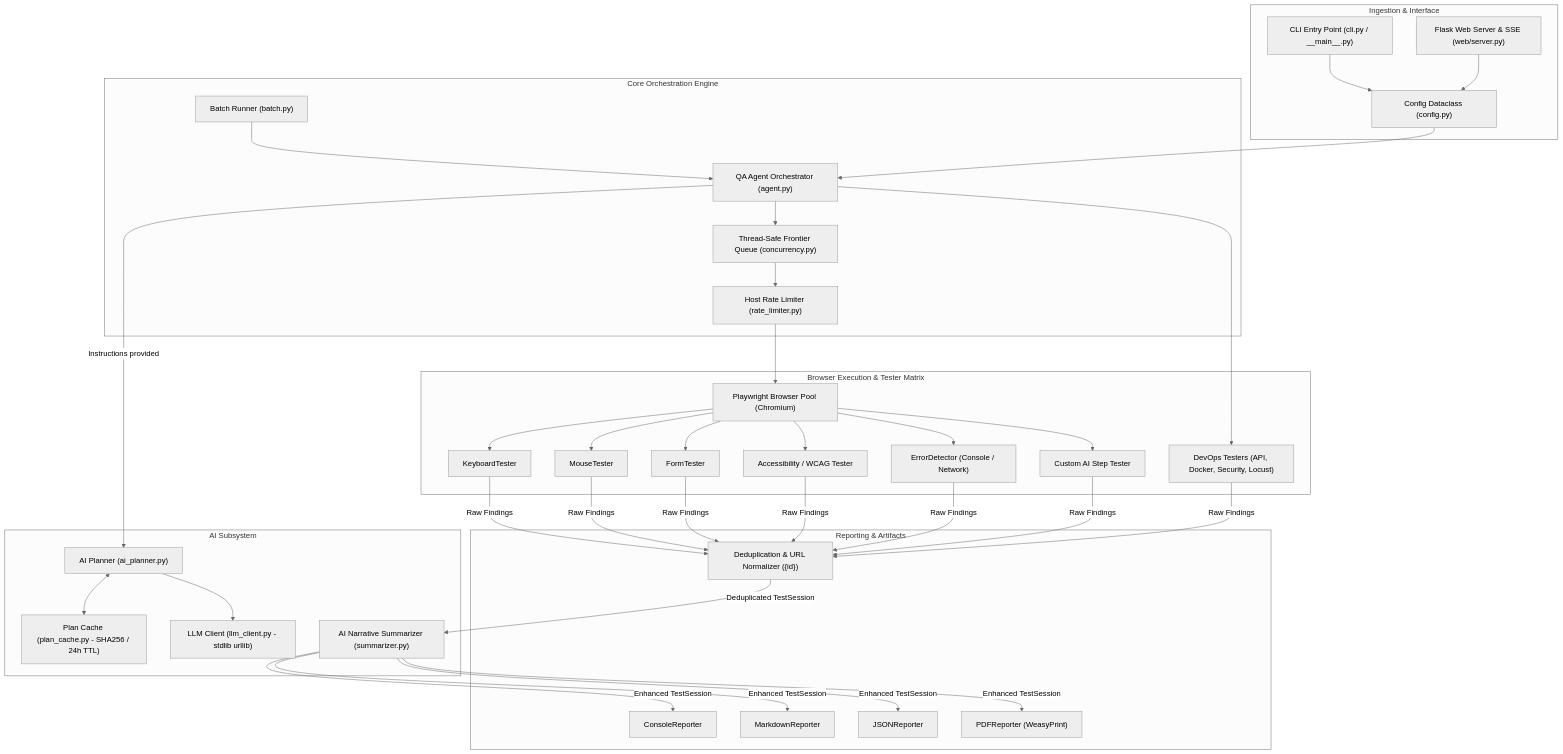
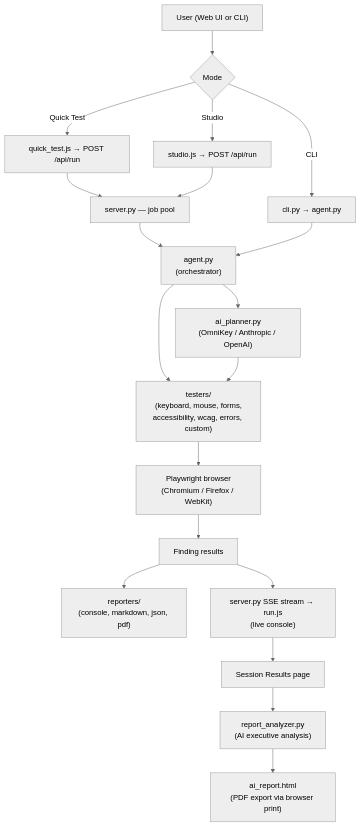
The diagram in README.md (maxxmadhab/QA_agent), drawn with Mermaid (neutral theme) before and after one commit. The commit also changed other lines of this file, not shown here.

Commit message:
docs: rewrite README with current architecture, Web UI, OmniKey, and start commands

````diff
--- a/README.md
+++ b/README.md
@@ -86,66 +315,21 @@
 ```mermaid
-graph TD
-    subgraph Ingestion & Interface
-        CLI["CLI Entry Point (cli.py / __main__.py)"]
-        WEB["Flask Web Server & SSE (web/server.py)"]
-        CONF["Config Dataclass (config.py)"]
-    end
-
-    subgraph AI Subsystem
-        LLM["LLM Client (llm_client.py - stdlib urllib)"]
-        AIP["AI Planner (ai_planner.py)"]
-        CACHE["Plan Cache (plan_cache.py - SHA256 / 24h TTL)"]
-        SUMM["AI Narrative Summarizer (summarizer.py)"]
-    end
-
-    subgraph Core Orchestration Engine
-        AGENT["QA Agent Orchestrator (agent.py)"]
-        FRONTIER["Thread-Safe Frontier Queue (concurrency.py)"]
-        RATELIM["Host Rate Limiter (rate_limiter.py)"]
-        BATCH["Batch Runner (batch.py)"]
-    end
-
-    subgraph Browser Execution & Tester Matrix
-        PW["Playwright Browser Pool (Chromium)"]
-        KEY["KeyboardTester"]
-        MSE["MouseTester"]
-        FRM["FormTester"]
-        A11Y["Accessibility / WCAG Tester"]
-        ERR["ErrorDetector (Console / Network)"]
-        CUST["Custom AI Step Tester"]
-        DEVOPS["DevOps Testers (API, Docker, Security, Locust)"]
-    end
-
-    subgraph Reporting & Artifacts
-        DEDUP["Deduplication & URL Normalizer ({id})"]
-        CONSOLE["ConsoleReporter"]
-        MD["MarkdownReporter"]
-        JSON["JSONReporter"]
-        PDF["PDFReporter (WeasyPrint)"]
-    end
-
-    CLI --> CONF
-    WEB --> CONF
-    CONF --> AGENT
-    BATCH --> AGENT
-
-    AGENT -->|Instructions provided| AIP
-    AIP <--> CACHE
-    AIP --> LLM
-
-    AGENT --> FRONTIER
-    FRONTIER --> RATELIM
-    RATELIM --> PW
-
-    PW --> KEY
-    PW --> MSE
-    PW --> FRM
-    PW --> A11Y
-    PW --> ERR
-    PW --> CUST
-    AGENT --> DEVOPS
-
-    KEY & MSE & FRM & A11Y & ERR & CUST & DEVOPS -->|Raw Findings| DEDUP
-    DEDUP -->|Deduplicated TestSession| SUMM
-    SUMM -->|Enhanced TestSession| CONSOLE & MD & JSON & PDF
+flowchart TD
+    A["User (Web UI or CLI)"] --> B{Mode}
+    B -->|Quick Test| C["quick_test.js → POST /api/run"]
+    B -->|Studio| D["studio.js → POST /api/run"]
+    B -->|CLI| E["cli.py → agent.py"]
+    C --> F["server.py — job pool"]
+    D --> F
+    F --> G["agent.py\n(orchestrator)"]
+    E --> G
+    G --> H["ai_planner.py\n(OmniKey / Anthropic / OpenAI)"]
+    G --> I["testers/\n(keyboard, mouse, forms,\naccessibility, wcag, errors, custom)"]
+    H --> I
+    I --> J["Playwright browser\n(Chromium / Firefox / WebKit)"]
+    J --> K["Finding results"]
+    K --> L["reporters/\n(console, markdown, json, pdf)"]
+    K --> M["server.py SSE stream → run.js\n(live console)"]
+    M --> N["Session Results page"]
+    N --> O["report_analyzer.py\n(AI executive analysis)"]
+    O --> P["ai_report.html\n(PDF export via browser print)"]
 ```
````
